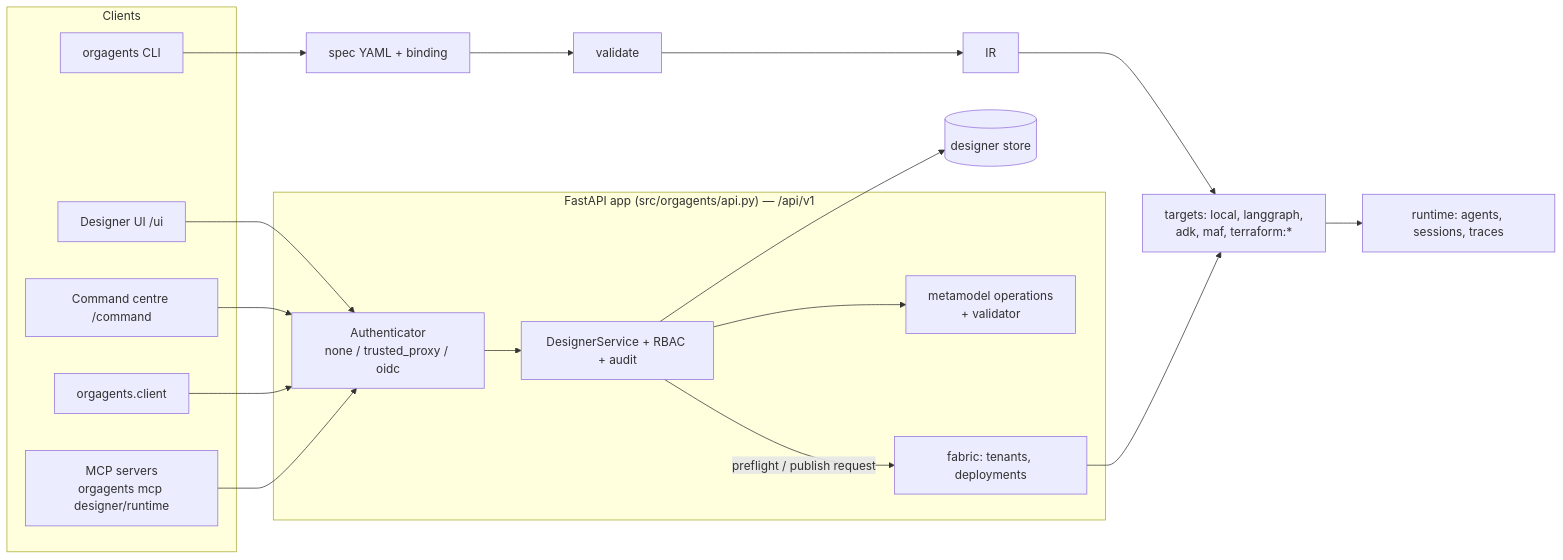
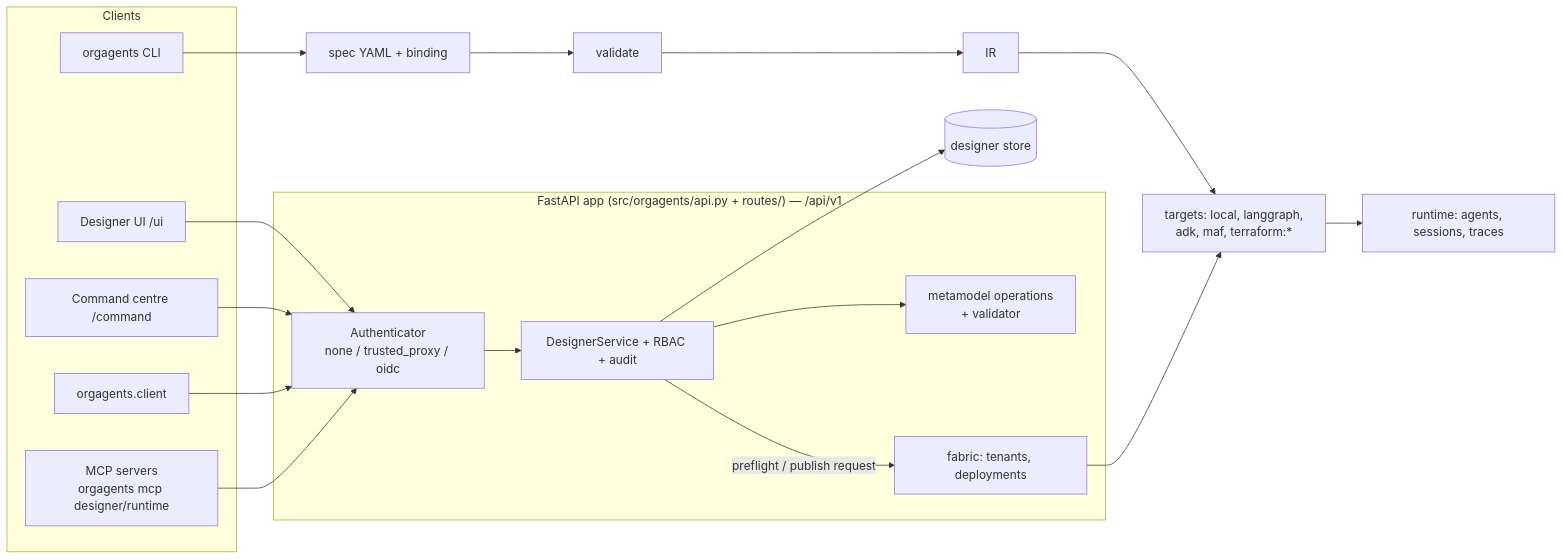
Before and after one commit to zoetsekas/agentic-organization: the diagram in docs/DEVELOPERS.md, drawn with Mermaid. The commit also changed other lines of this file and 20 other files, not shown here.

````diff
--- a/docs/DEVELOPERS.md
+++ b/docs/DEVELOPERS.md
@@ -18,22 +18,22 @@
 ```mermaid
 flowchart LR
   subgraph Clients
     UI[Designer UI /ui]
     CC[Command centre /command]
     PY[orgagents.client]
     MCP[MCP servers<br/>orgagents mcp designer/runtime]
     CLI[orgagents CLI]
   end
-  subgraph API["FastAPI app (src/orgagents/api.py) — /api/v1"]
+  subgraph API["FastAPI app (src/orgagents/api.py + routes/) — /api/v1"]
     AUTH[Authenticator<br/>none / trusted_proxy / oidc]
     SVC[DesignerService + RBAC + audit]
     MODEL[metamodel operations<br/>+ validator]
     FAB[fabric: tenants, deployments]
   end
   UI & CC & PY & MCP --> AUTH --> SVC --> MODEL
   SVC --> STORE[(designer store)]
   CLI --> SPEC[spec YAML + binding]
   SPEC --> VAL[validate] --> IR[IR] --> T[targets: local, langgraph,<br/>adk, maf, terraform:*]
   SVC -- preflight / publish request --> FAB --> T
   T --> RT[runtime: agents, sessions, traces]
 ```
````
